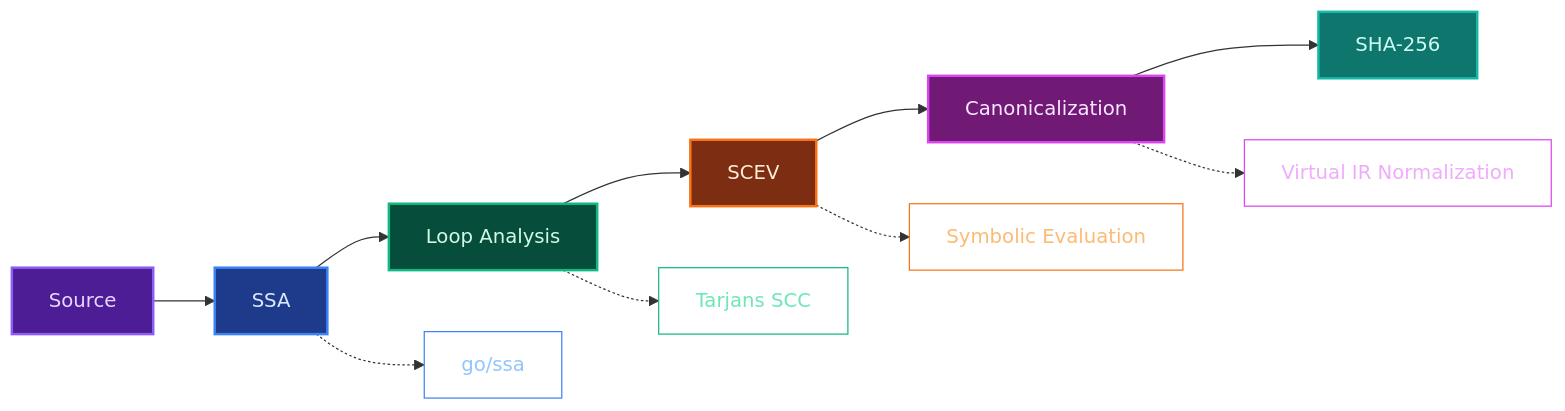
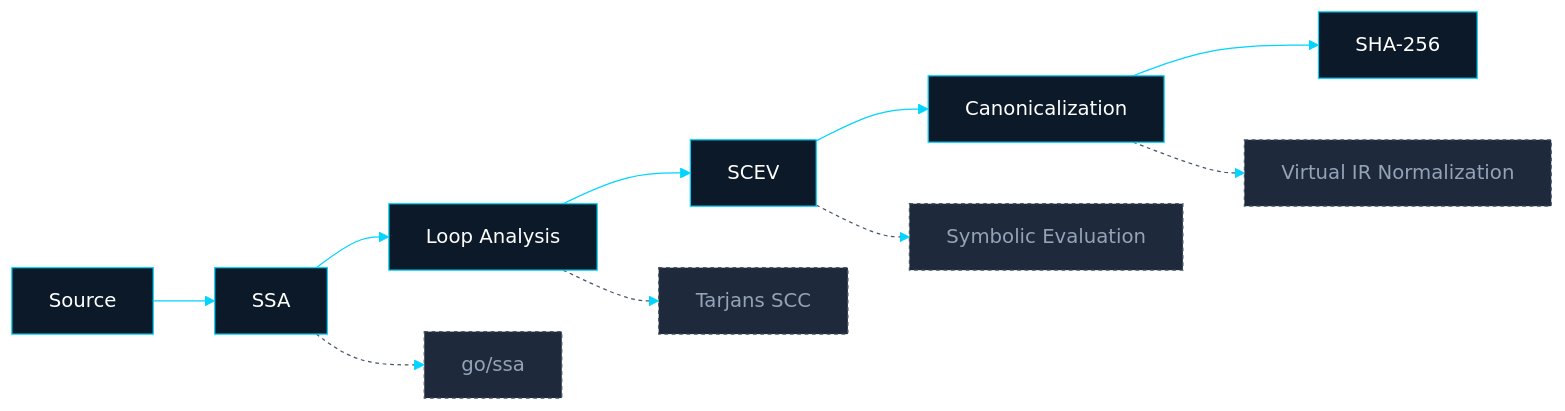
Before and after one commit to BlackVectorOps/semantic_firewall: the third of 3 diagrams in README.md, drawn with Mermaid.

Commit message:
fix: Adjusted README.md color-scheme for pipeline overview.

````diff
--- a/README.md
+++ b/README.md
@@ -858,25 +858,24 @@
 ```mermaid
 flowchart LR
     A[Source] --> B[SSA]
     B --> C[Loop Analysis]
     C --> D[SCEV]
     D --> E[Canonicalization]
     E --> F[SHA-256]
     
     B -.-> B1[go/ssa]
     C -.-> C1[Tarjans SCC]
     D -.-> D1[Symbolic Evaluation]
     E -.-> E1[Virtual IR Normalization]
     
-    style A fill:#4c1d95,stroke:#8b5cf6,stroke-width:2px,color:#e9d5ff
-    style B fill:#1e3a8a,stroke:#3b82f6,stroke-width:2px,color:#dbeafe
-    style C fill:#064e3b,stroke:#10b981,stroke-width:2px,color:#d1fae5
-    style D fill:#7c2d12,stroke:#f97316,stroke-width:2px,color:#ffedd5
-    style E fill:#701a75,stroke:#d946ef,stroke-width:2px,color:#fae8ff
-    style F fill:#0f766e,stroke:#14b8a6,stroke-width:2px,color:#ccfbf1
+    %% Main pipeline nodes: Deep blue with cyan accents
+    classDef pipeline fill:#0c1929,stroke:#00d4ff,stroke-width:1px,color:#ffffff
+    class A,B,C,D,E,F pipeline
     
-    style B1 fill:transparent,stroke:#3b82f6,color:#93c5fd
-    style C1 fill:transparent,stroke:#10b981,color:#6ee7b7
-    style D1 fill:transparent,stroke:#f97316,color:#fdba74
-    style E1 fill:transparent,stroke:#d946ef,color:#f0abfc
+    %% Annotation nodes: Transparent with subtle blue glow
+    classDef annotation fill:#1e293b,stroke:#475569,stroke-width:1px,color:#94a3b8,stroke-dasharray:3 3
+    class B1,C1,D1,E1 annotation
+    
+    linkStyle default stroke:#00d4ff,stroke-width:1px
+    linkStyle 5,6,7,8 stroke:#475569,stroke-width:1px,stroke-dasharray:3 3
 ```
````
